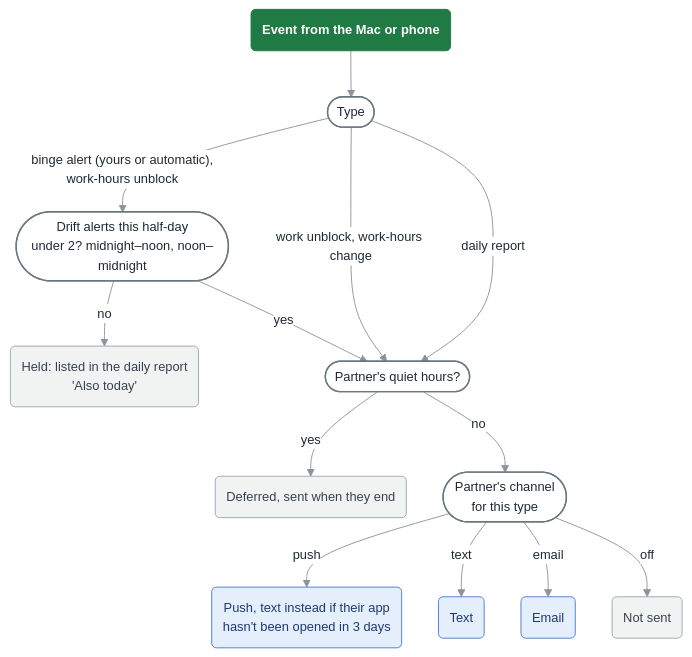
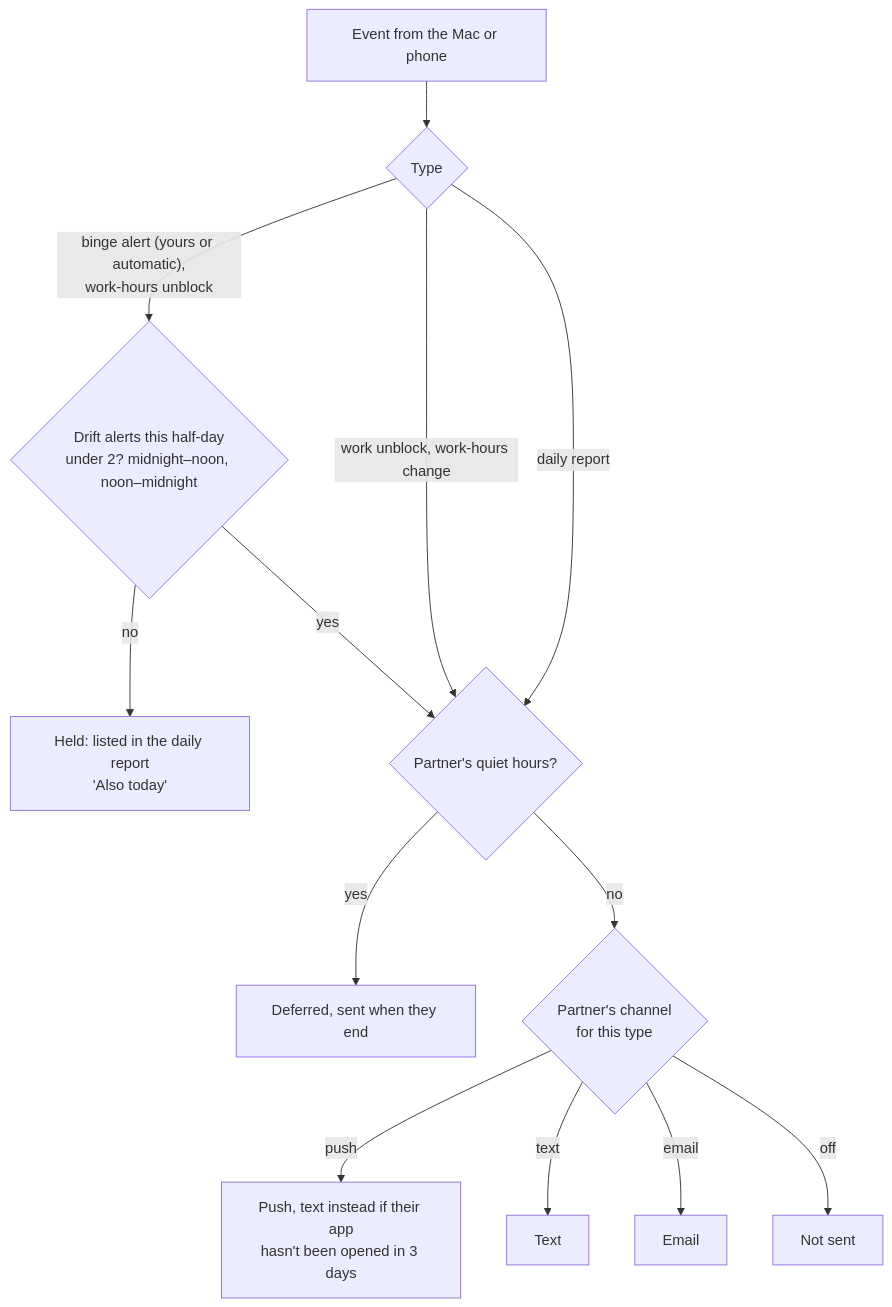
The sixth of 7 diagrams in docs/FLOWS.md (hodapp512/ontask), drawn with Mermaid before and after one commit. The commit also changed other lines of this file and 1 other file, not shown here.

Commit message:
FLOWS.md: back to Mermaid's default look (the custom theme broke in IntelliJ's dark preview); keep readable state names

````diff
--- a/docs/FLOWS.md
+++ b/docs/FLOWS.md
@@ -287,28 +209,15 @@
 ```mermaid
-%%{init: {"theme": "base", "themeVariables": {"fontFamily": "-apple-system, BlinkMacSystemFont, Segoe UI, Helvetica, Arial, sans-serif", "fontSize": "14px", "primaryColor": "#F7F9F8", "primaryBorderColor": "#B8C2BC", "primaryTextColor": "#1F2933", "lineColor": "#8A949C", "edgeLabelBackground": "#FFFFFF", "tertiaryColor": "#F7F9F8", "clusterBkg": "#F4F7F5", "clusterBorder": "#C8D0CB"}, "flowchart": {"curve": "basis", "nodeSpacing": 40, "rankSpacing": 50, "padding": 12}}}%%
 flowchart TD
-    EV("Event from the Mac or phone") --> T(["Type"])
-    T -- "binge alert (yours or automatic),<br/>work-hours unblock" --> CAP(["Drift alerts this half-day<br/>under 2? midnight–noon, noon–midnight"])
-    CAP -- no --> HOLD("Held: listed in the daily report<br/>'Also today'")
+    EV[Event from the Mac or phone] --> T{Type}
+    T -- "binge alert (yours or automatic),<br/>work-hours unblock" --> CAP{Drift alerts this half-day<br/>under 2? midnight–noon, noon–midnight}
+    CAP -- no --> HOLD[Held: listed in the daily report<br/>'Also today']
     CAP -- yes --> Q
     T -- "work unblock, work-hours change" --> Q
     T -- "daily report" --> Q
-    Q(["Partner's quiet hours?"]) -- yes --> DEF("Deferred, sent when they end")
-    Q -- no --> CH(["Partner's channel<br/>for this type"])
-    CH -- push --> PUSH("Push, text instead if their app<br/>hasn't been opened in 3 days")
-    CH -- text --> TXT("Text")
-    CH -- email --> EM("Email")
-    CH -- off --> NONE("Not sent")
-
-    classDef start fill:#1F7A44,stroke:#1F7A44,color:#FFFFFF,font-weight:bold
-    classDef good fill:#E3F4EA,stroke:#2E9E5B,color:#14532D
-    classDef bad fill:#FBE7E7,stroke:#D64545,color:#7F1D1D
-    classDef warn fill:#FFF4DA,stroke:#E0A526,color:#6B4E00
-    classDef partner fill:#E5EEFB,stroke:#4A7BD0,color:#1E3A6E
-    classDef quiet fill:#F1F3F2,stroke:#9AA5B1,color:#374151
-    class EV start
-    class PUSH,TXT,EM partner
-    class HOLD,DEF,NONE quiet
-    classDef ask fill:#FFFFFF,stroke:#6B7780,stroke-width:1.5px,color:#1F2933
-    class CAP,CH,Q,T ask
+    Q{Partner's quiet hours?} -- yes --> DEF[Deferred, sent when they end]
+    Q -- no --> CH{Partner's channel<br/>for this type}
+    CH -- push --> PUSH[Push, text instead if their app<br/>hasn't been opened in 3 days]
+    CH -- text --> TXT[Text]
+    CH -- email --> EM[Email]
+    CH -- off --> NONE[Not sent]
 ```
````
